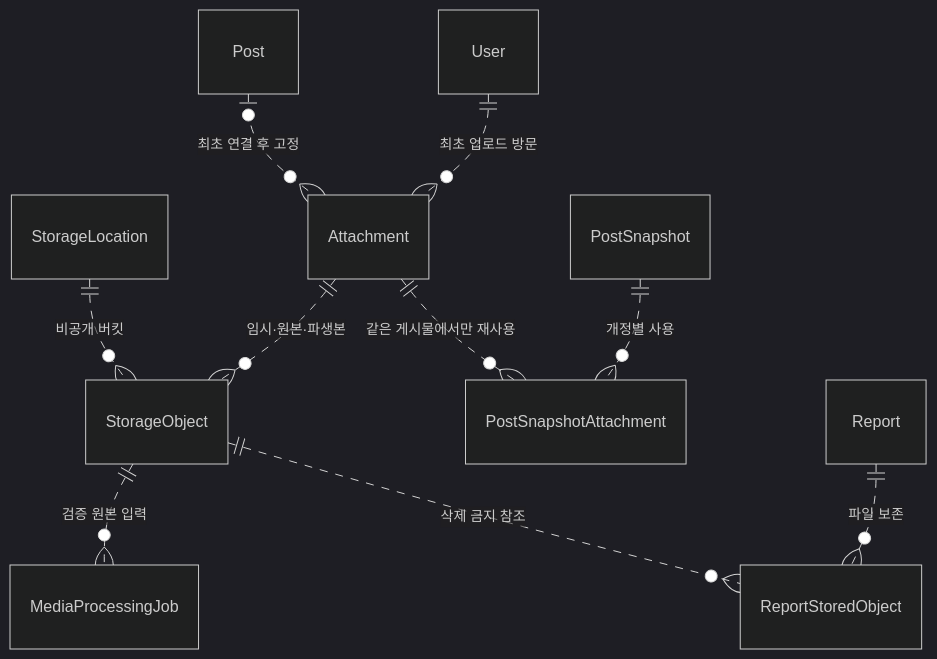
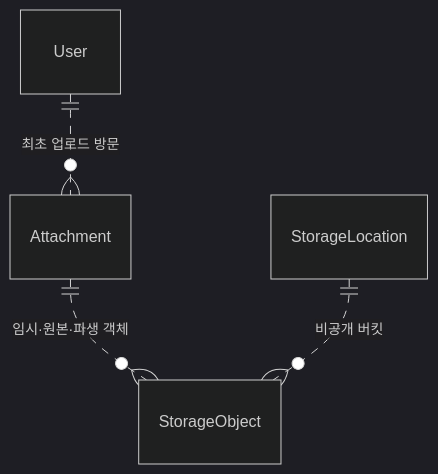
Before and after one commit to luke0408/blog-erd: the second of 4 diagrams in docs/file-management.md, drawn with Mermaid (dark theme). The commit also changed other lines of this file and 5 other files, not shown here.

Commit message:
docs(erd): reorder student questions by design requirements

````diff
--- a/docs/file-management.md
+++ b/docs/file-management.md
@@ -46,12 +57,6 @@
 ```mermaid
 erDiagram
     User ||..o{ Attachment : "최초 업로드 방문"
-    Post |o..o{ Attachment : "최초 연결 후 고정"
-    Attachment ||..o{ StorageObject : "임시·원본·파생본"
+    Attachment ||..o{ StorageObject : "임시·원본·파생 객체"
     StorageLocation ||..o{ StorageObject : "비공개 버킷"
-    PostSnapshot ||..o{ PostSnapshotAttachment : "개정별 사용"
-    Attachment ||..o{ PostSnapshotAttachment : "같은 게시물에서만 재사용"
-    StorageObject ||..o{ MediaProcessingJob : "검증 원본 입력"
-    Report ||..o{ ReportStoredObject : "파일 보존"
-    StorageObject ||..o{ ReportStoredObject : "삭제 금지 참조"
 ```
````
